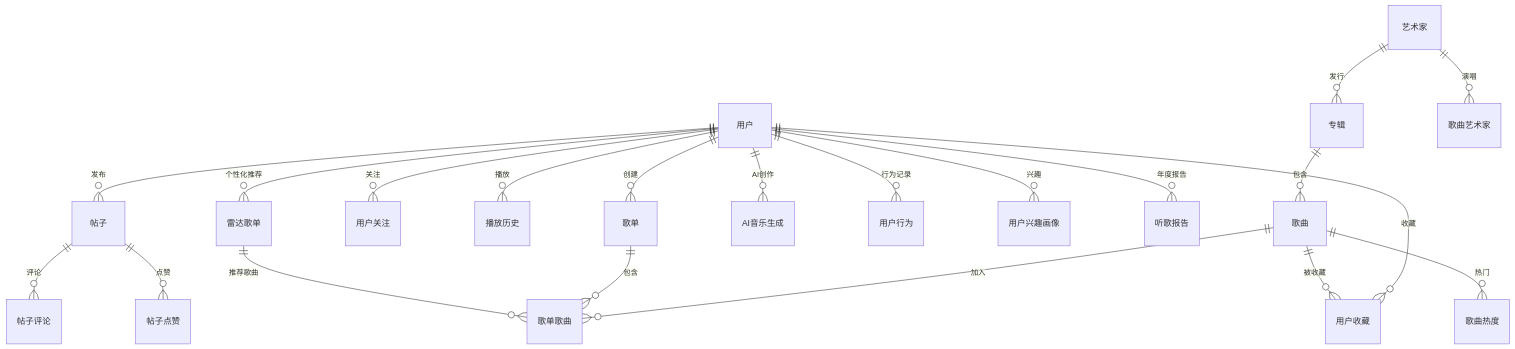
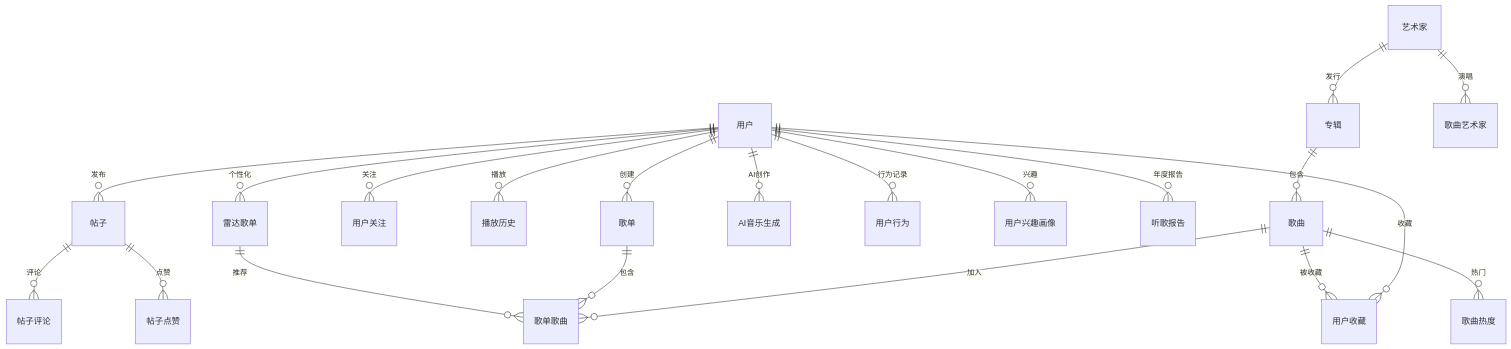
The diagram in doc/ER图-中文版.md (kewangzhen/fly-music), drawn with Mermaid before and after one commit. The commit also changed other lines of this file, not shown here.

Commit message:
docs: 优化ER图布局

````diff
--- a/doc/ER图-中文版.md
+++ b/doc/ER图-中文版.md
@@ -7,50 +7,60 @@
 ```mermaid
+%%{init: {'er': {'layoutDirection': 'TB', 'minEntityWidth': 100}}}%%
 erDiagram
-    %% 核心模块
+    %% 用户相关
     用户 ||--o{ 歌单 : 创建
     用户 ||--o{ 帖子 : 发布
     用户 ||--o{ 用户收藏 : 收藏
     用户 ||--o{ 用户关注 : 关注
     用户 ||--o{ 播放历史 : 播放
 
+    %% 艺术家相关
     艺术家 ||--o{ 专辑 : 发行
     艺术家 ||--o{ 歌曲艺术家 : 演唱
 
+    %% 专辑歌曲
     专辑 ||--o{ 歌曲 : 包含
+
+    %% 歌曲关联
     歌曲 ||--o{ 歌单歌曲 : 加入
     歌曲 ||--o{ 用户收藏 : 被收藏
     歌曲 ||--o{ 歌曲热度 : 热门
 
+    %% 歌单
     歌单 ||--o{ 歌单歌曲 : 包含
 
+    %% 社交
     帖子 ||--o{ 帖子评论 : 评论
     帖子 ||--o{ 帖子点赞 : 点赞
 
+    %% AI功能
     用户 ||--o{ AI音乐生成 : AI创作
     用户 ||--o{ 用户行为 : 行为记录
     用户 ||--o{ 用户兴趣画像 : 兴趣
     用户 ||--o{ 听歌报告 : 年度报告
-    用户 ||--o{ 雷达歌单 : 个性化推荐
+    用户 ||--o{ 雷达歌单 : 个性化
 
-    雷达歌单 ||--o{ 歌单歌曲 : 推荐歌曲
+    %% 雷达歌单
+    雷达歌单 ||--o{ 歌单歌曲 : 推荐
 
+    %% 表定义
     用户 { }
     歌曲 { }
     艺术家 { }
     专辑 { }
     歌单 { }
     帖子 { }
     歌单歌曲 { }
     用户收藏 { }
     用户关注 { }
     帖子评论 { }
     帖子点赞 { }
     歌曲艺术家 { }
     播放历史 { }
     歌曲热度 { }
     AI音乐生成 { }
     用户行为 { }
     用户兴趣画像 { }
     听歌报告 { }
     雷达歌单 { }
 ```
````
